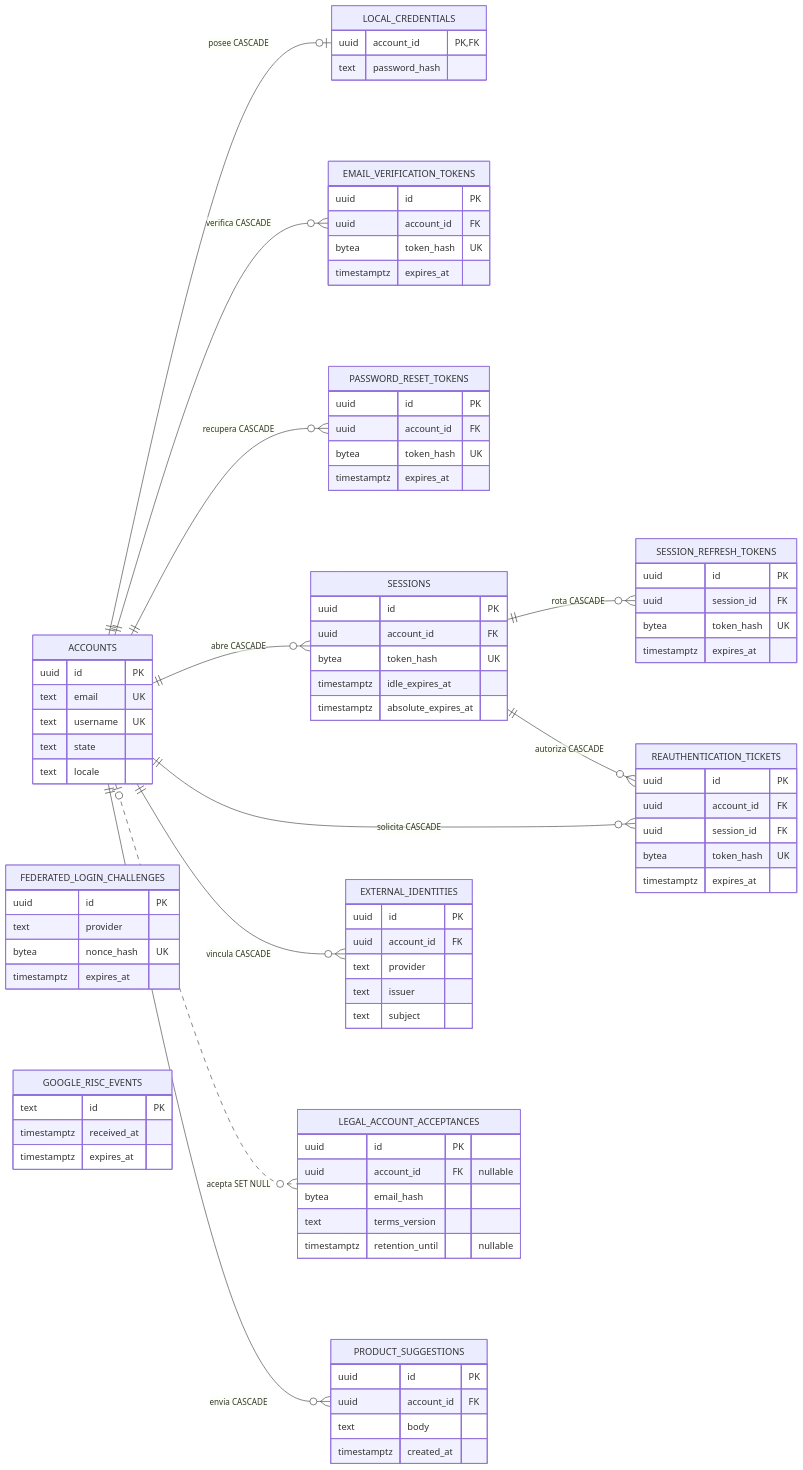
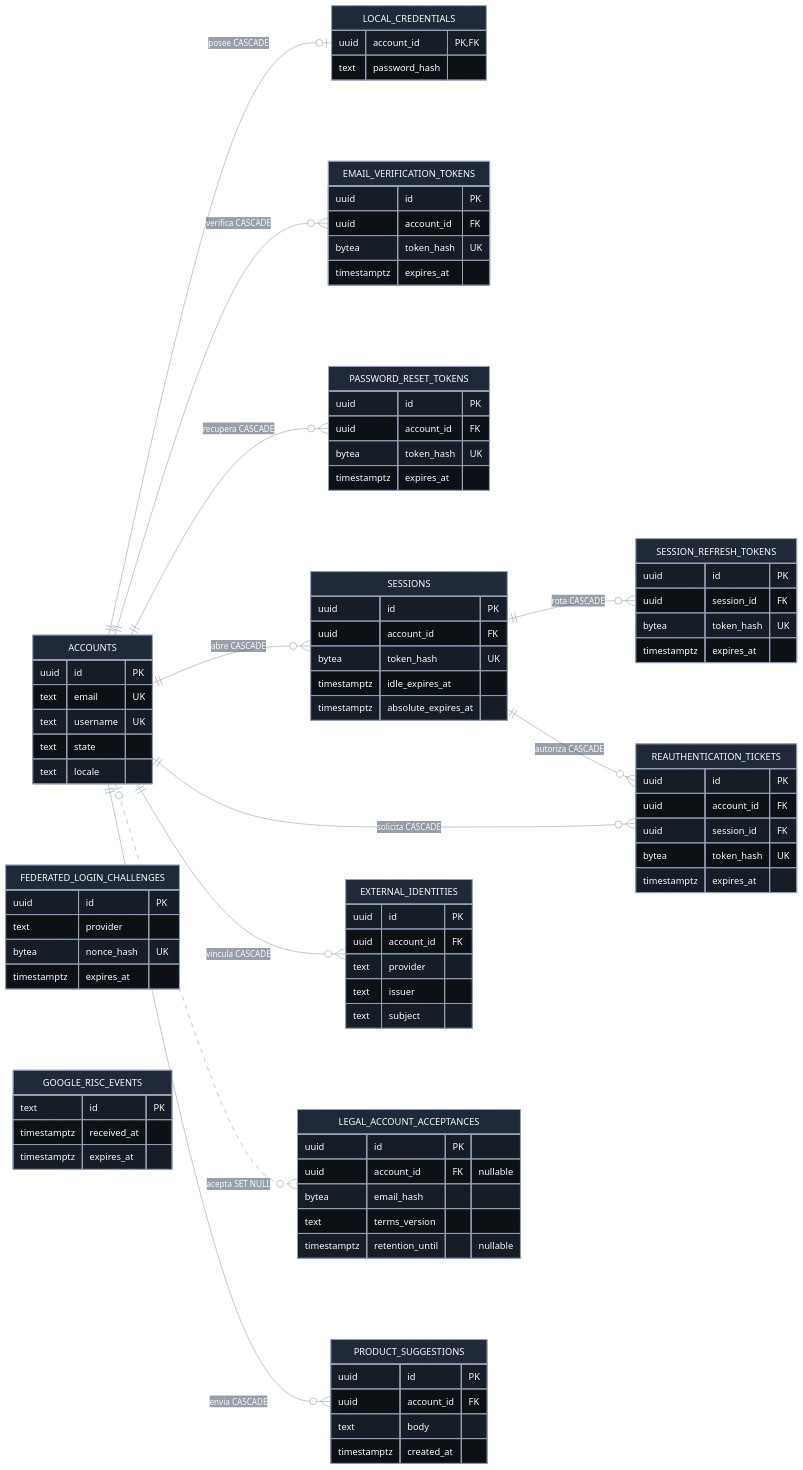
Before and after one commit to joseantoniogarciay/TournamentsManager: the first of 2 diagrams in docs/diagrams/database-erd.md, drawn with Mermaid. The commit also changed other lines of this file, not shown here.

Commit message:
docs: improve ER diagram dark-mode contrast

````diff
--- a/docs/diagrams/database-erd.md
+++ b/docs/diagrams/database-erd.md
@@ -16,4 +16,5 @@
 ```mermaid
+%%{init: {"theme":"base","themeVariables":{"darkMode":true,"background":"#0d1117","primaryColor":"#1f2937","primaryTextColor":"#f8fafc","primaryBorderColor":"#94a3b8","secondaryColor":"#111827","secondaryTextColor":"#f8fafc","secondaryBorderColor":"#94a3b8","tertiaryColor":"#334155","tertiaryTextColor":"#f8fafc","tertiaryBorderColor":"#94a3b8","lineColor":"#94a3b8","textColor":"#f8fafc","edgeLabelBackground":"#111827"}}}%%
 erDiagram
     direction LR
 
````
